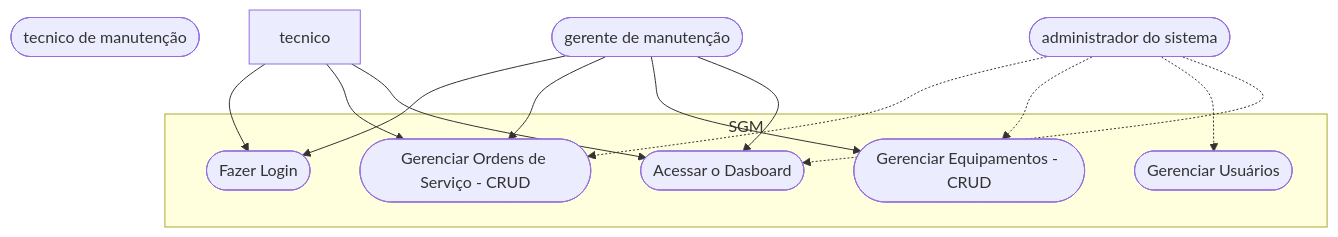
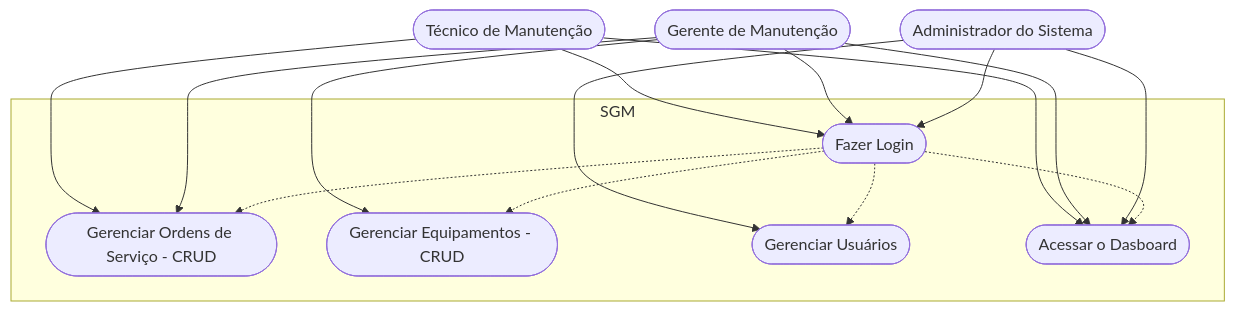
Before and after one commit to miotoana/formativa-sgm: the second of 3 diagrams in README.md, drawn with Mermaid. The commit also changed other lines of this file, not shown here.

Commit message:
30/09/2025

````diff
--- a/README.md
+++ b/README.md
@@ -112,31 +112,36 @@
 ```mermaid
 
 graph TD 
 
     subgraph "SGM"
         caso1([Fazer Login])
         caso2([Gerenciar Ordens de Serviço - CRUD])
         caso3([Gerenciar Equipamentos - CRUD])
         caso4([Gerenciar Usuários])
         caso5([Acessar o Dasboard])
     end
 
-    Tenico([tecnico de manutenção])
-    gerente([gerente de manutenção])
-    admin([administrador do sistema])
+    Tecnico([Técnico de Manutenção])
+    Gerente([Gerente de Manutenção])
+    Admin([Administrador do Sistema])
 
-    tecnico --> caso1
-    tecnico --> caso2
-    tecnico --> caso5
+    Tecnico --> caso1
+    Tecnico --> caso2
+    Tecnico --> caso5
 
-    gerente --> caso1
-    gerente --> caso2
-    gerente --> caso3
-    gerente --> caso5
+    Gerente --> caso1
+    Gerente --> caso2
+    Gerente --> caso3
+    Gerente --> caso5
 
-    admin -.-> caso2
-    admin -.-> caso3
-    admin -.-> caso4
-    admin -.-> caso5
+    Admin --> caso1
+    Admin --> caso4
+    Admin --> caso5
+
+
+    caso1 -.-> caso2
+    caso1 -.-> caso3
+    caso1 -.-> caso4
+    caso1 -.-> caso5
 
 ```
````
